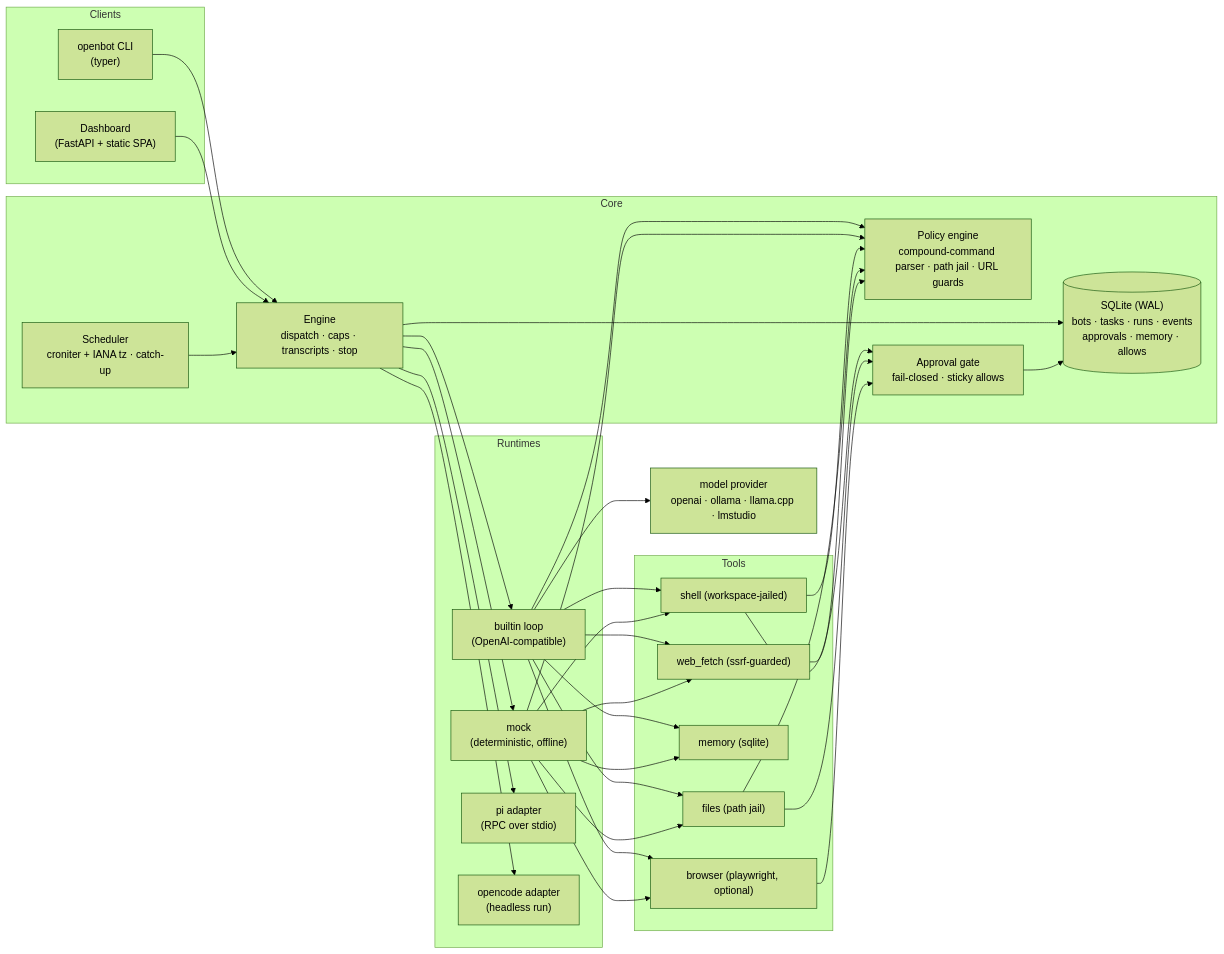
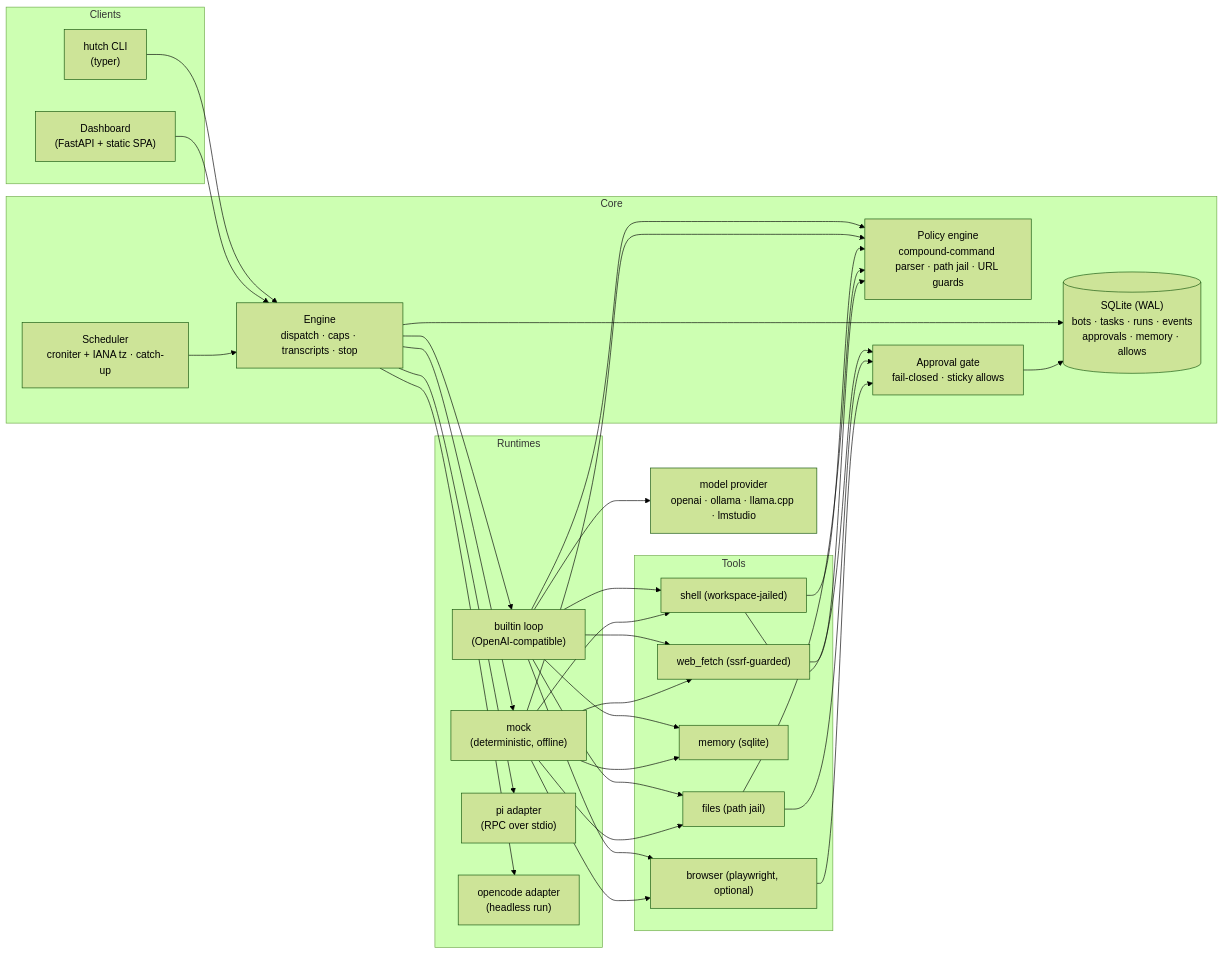
The diagram in docs/architecture.md (K-Arthur/hutch), drawn with Mermaid (forest theme) before and after one commit. The commit also changed other lines of this file and 50 other files, not shown here.

First line of the commit message:
feat!: rename openbot -> hutch (researched: PyPI free, no same-space collisions, home-for-your-bots metaphor)

````diff
--- a/docs/architecture.md
+++ b/docs/architecture.md
@@ -9,42 +9,42 @@
 ```mermaid
 flowchart LR
   subgraph Clients
-    CLI["openbot CLI<br/>(typer)"]
+    CLI["hutch CLI<br/>(typer)"]
     UI["Dashboard<br/>(FastAPI + static SPA)"]
   end
 
   subgraph Core
     ENG["Engine<br/>dispatch · caps · transcripts · stop"]
     SCH["Scheduler<br/>croniter + IANA tz · catch-up"]
     SCHED_STORE[("SQLite (WAL)<br/>bots · tasks · runs · events<br/>approvals · memory · allows")]
     POL["Policy engine<br/>compound-command parser · path jail · URL guards"]
     GATE["Approval gate<br/>fail-closed · sticky allows"]
   end
 
   subgraph Runtimes
     BUILTIN["builtin loop<br/>(OpenAI-compatible)"]
     MOCK["mock<br/>(deterministic, offline)"]
     PI["pi adapter<br/>(RPC over stdio)"]
     OC["opencode adapter<br/>(headless run)"]
   end
 
   subgraph Tools
     SH["shell (workspace-jailed)"]
     FI["files (path jail)"]
     ME["memory (sqlite)"]
     WF["web_fetch (ssrf-guarded)"]
     BR["browser (playwright, optional)"]
   end
 
   CLI --> ENG
   UI --> ENG
   SCH --> ENG
   ENG --> SCHED_STORE
   ENG --> BUILTIN & MOCK & PI & OC
   BUILTIN & MOCK --> POL
   BUILTIN & MOCK --> SH & FI & ME & WF & BR
   SH & FI & WF --> POL
   SH & FI & BR --> GATE
   GATE --> SCHED_STORE
   BUILTIN --> LLM["model provider<br/>openai · ollama · llama.cpp · lmstudio"]
 ```
````
